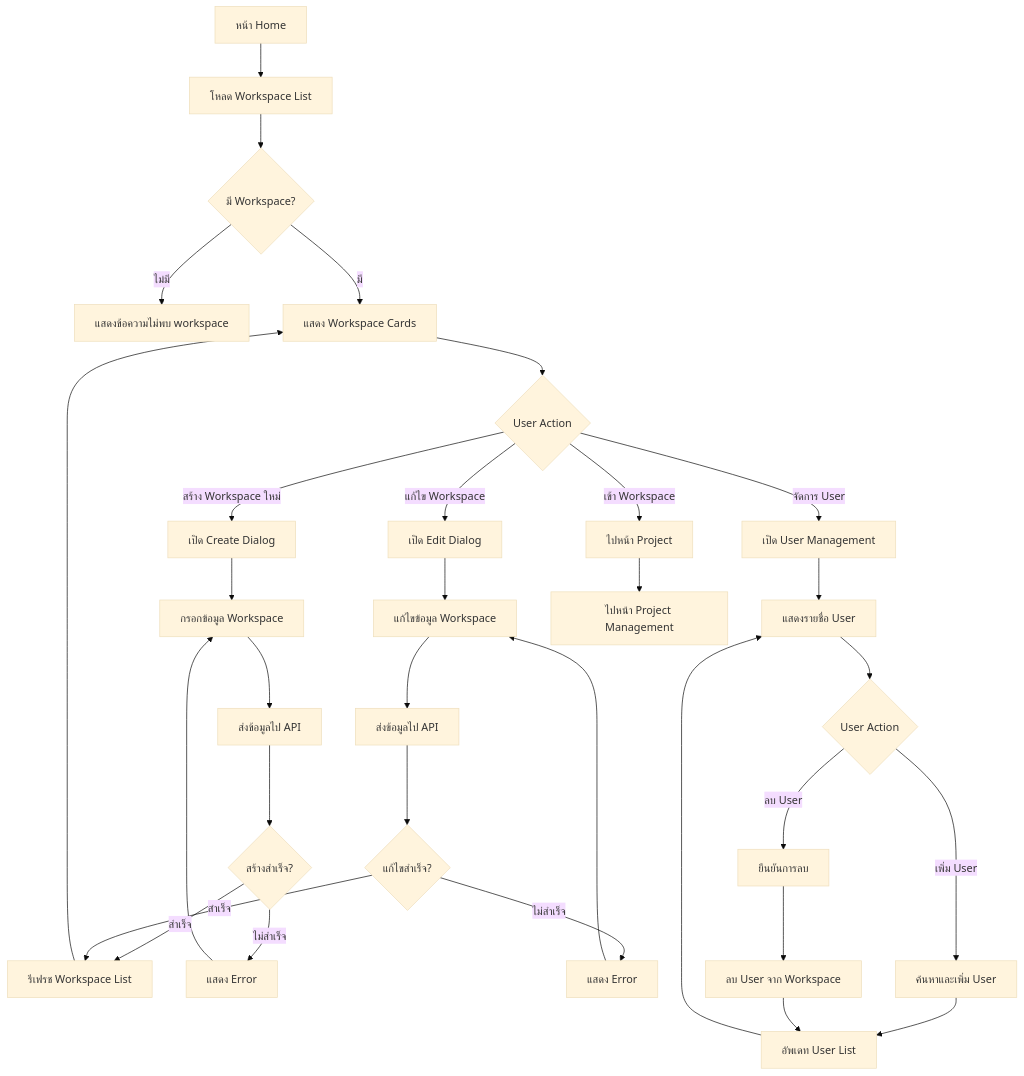
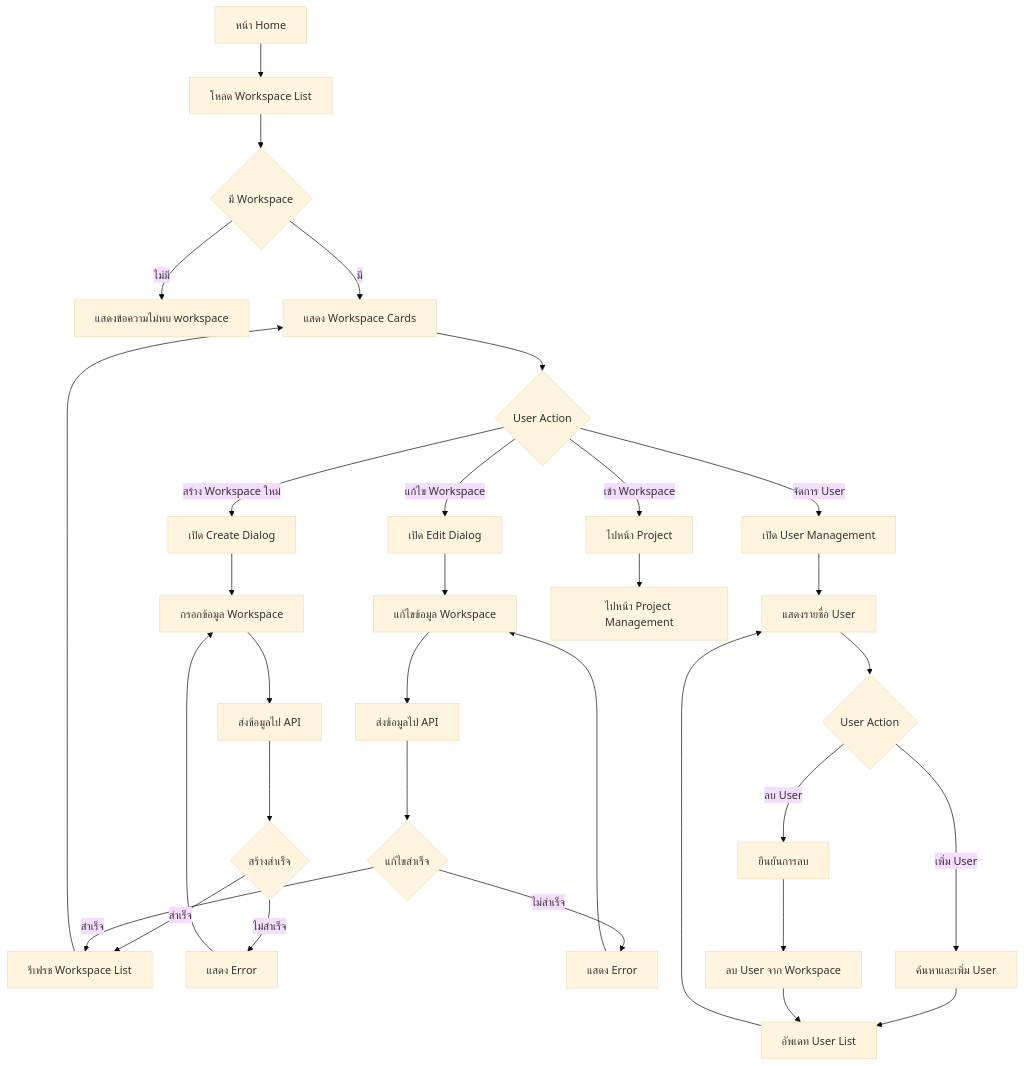
The second of 8 diagrams in flowchart.md (thisadee2897/intern_app), drawn with Mermaid (base theme) before and after one commit. The commit also changed other lines of this file and 11 other files, not shown here.

````diff
--- a/flowchart.md
+++ b/flowchart.md
@@ -30,39 +30,39 @@
 ```mermaid
 flowchart TD
     A[หน้า Home] --> B[โหลด Workspace List]
-    B --> C{มี Workspace?}
+    B --> C{มี Workspace}
     C -->|ไม่มี| D[แสดงข้อความไม่พบ workspace]
     C -->|มี| E[แสดง Workspace Cards]
     
     E --> F{User Action}
     F -->|สร้าง Workspace ใหม่| G[เปิด Create Dialog]
     F -->|แก้ไข Workspace| H[เปิด Edit Dialog]
     F -->|จัดการ User| I[เปิด User Management]
     F -->|เข้า Workspace| J[ไปหน้า Project]
     
     G --> K[กรอกข้อมูล Workspace]
     K --> L[ส่งข้อมูลไป API]
-    L --> M{สร้างสำเร็จ?}
+    L --> M{สร้างสำเร็จ}
     M -->|สำเร็จ| N[รีเฟรช Workspace List]
     M -->|ไม่สำเร็จ| O[แสดง Error]
     O --> K
     N --> E
     
     H --> P[แก้ไขข้อมูล Workspace]
     P --> Q[ส่งข้อมูลไป API]
-    Q --> R{แก้ไขสำเร็จ?}
+    Q --> R{แก้ไขสำเร็จ}
     R -->|สำเร็จ| N
     R -->|ไม่สำเร็จ| S[แสดง Error]
     S --> P
     
     I --> T[แสดงรายชื่อ User]
     T --> U{User Action}
     U -->|เพิ่ม User| V[ค้นหาและเพิ่ม User]
     U -->|ลบ User| W[ยืนยันการลบ]
     V --> X[อัพเดท User List]
     W --> Y[ลบ User จาก Workspace]
     Y --> X
     X --> T
     
     J --> Z[ไปหน้า Project Management]
 ```
````
